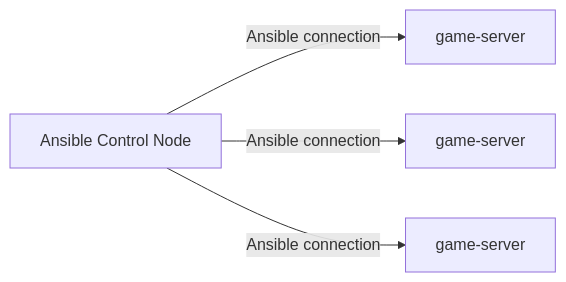
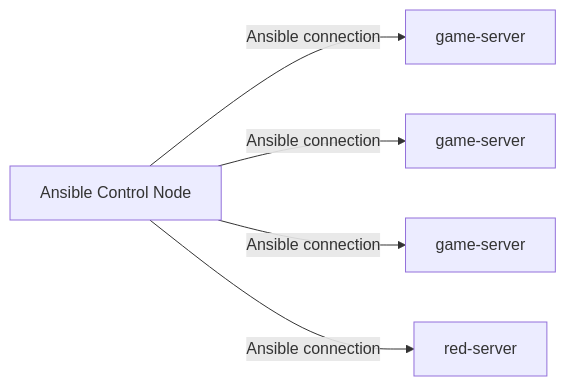
One commit to ZANSIN-sec/ZANSIN changed the diagram in Readme.md. Above: the diagram before and after it, drawn with Mermaid. The commit also changed other lines of this file and 4 other files, not shown here.

Commit message:
Create configuration for Red Team's server * Add configuration for Red Team in game-servers.yml * Create tasks/main.yml for Red Team * Update Readme * Modify ansible.cfg to align with these configurations

````diff
--- a/Readme.md
+++ b/Readme.md
@@ -66,6 +77,7 @@
 ```mermaid
   graph LR
     A[Ansible Control Node] -- Ansible connection --> B[game-server]
     A -- Ansible connection --> C[game-server]
     A -- Ansible connection --> D[game-server]
+    A -- Ansible connection --> E[red-server]
 ```
````
